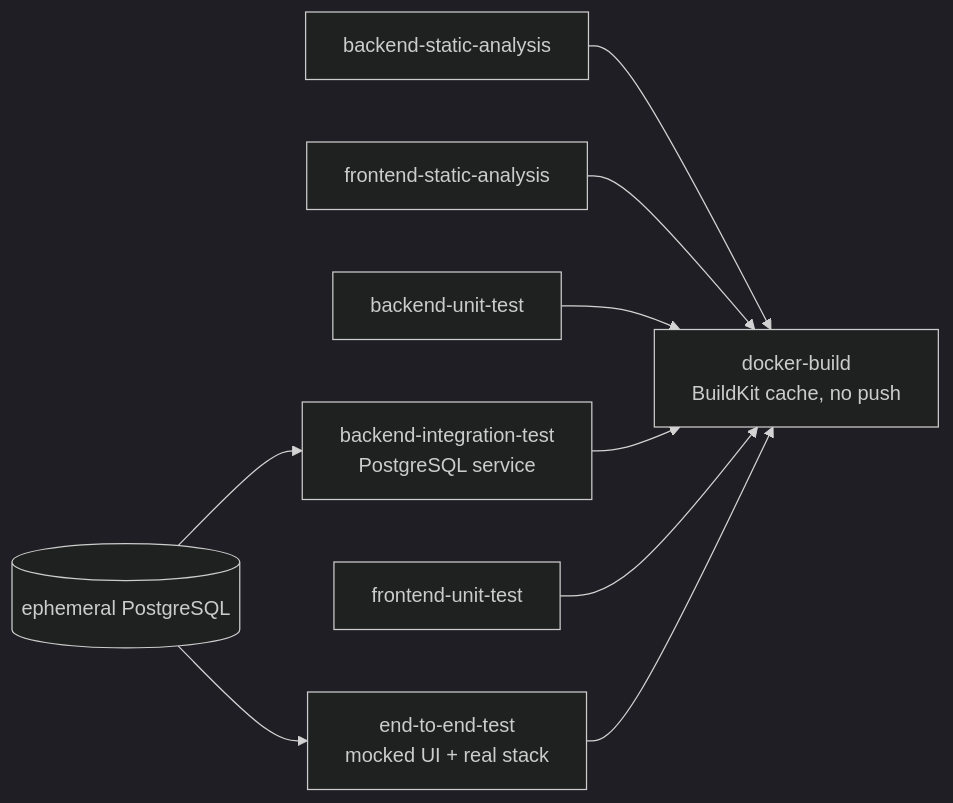
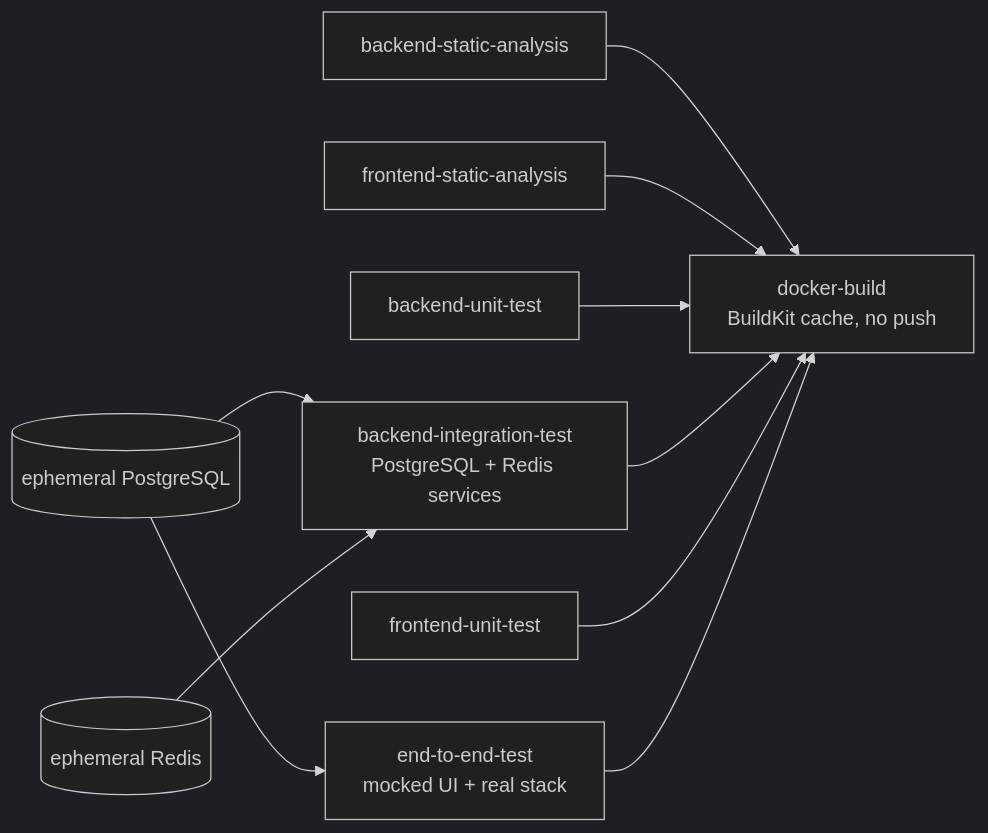
The first of 3 diagrams in README.md (ffigoperdana/mygram-suitmedia-assessment), drawn with Mermaid (dark theme) before and after one commit. The commit also changed other lines of this file and 43 other files, not shown here.

````diff
--- a/README.md
+++ b/README.md
@@ -15,20 +15,22 @@
 ```mermaid
 flowchart LR
     BSA[backend-static-analysis]
     FSA[frontend-static-analysis]
     BUT[backend-unit-test]
-    BIT[backend-integration-test\nPostgreSQL service]
+    BIT[backend-integration-test\nPostgreSQL + Redis services]
     FUT[frontend-unit-test]
     E2E[end-to-end-test\nmocked UI + real stack]
     DB[(ephemeral PostgreSQL)]
+    REDIS[(ephemeral Redis)]
     BUILD[docker-build\nBuildKit cache, no push]
 
     DB --> BIT
+    REDIS --> BIT
     DB --> E2E
     BSA --> BUILD
     FSA --> BUILD
     BUT --> BUILD
     BIT --> BUILD
     FUT --> BUILD
     E2E --> BUILD
 ```
````
